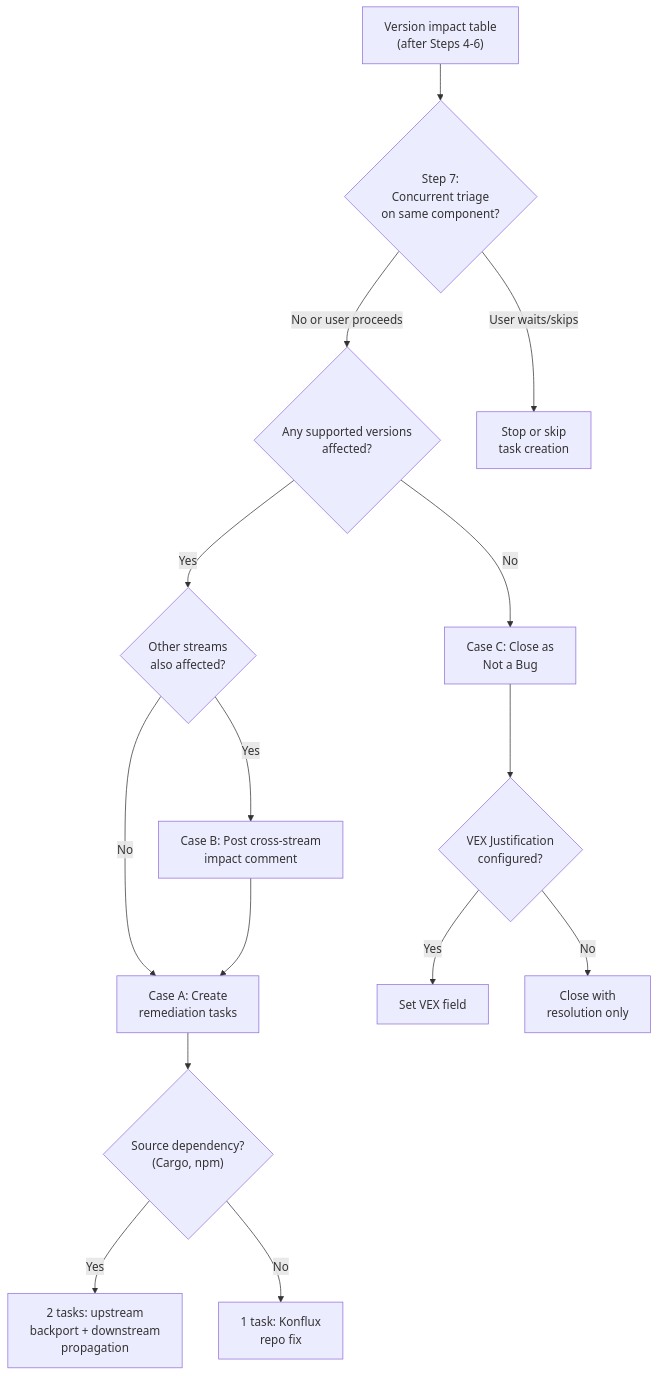
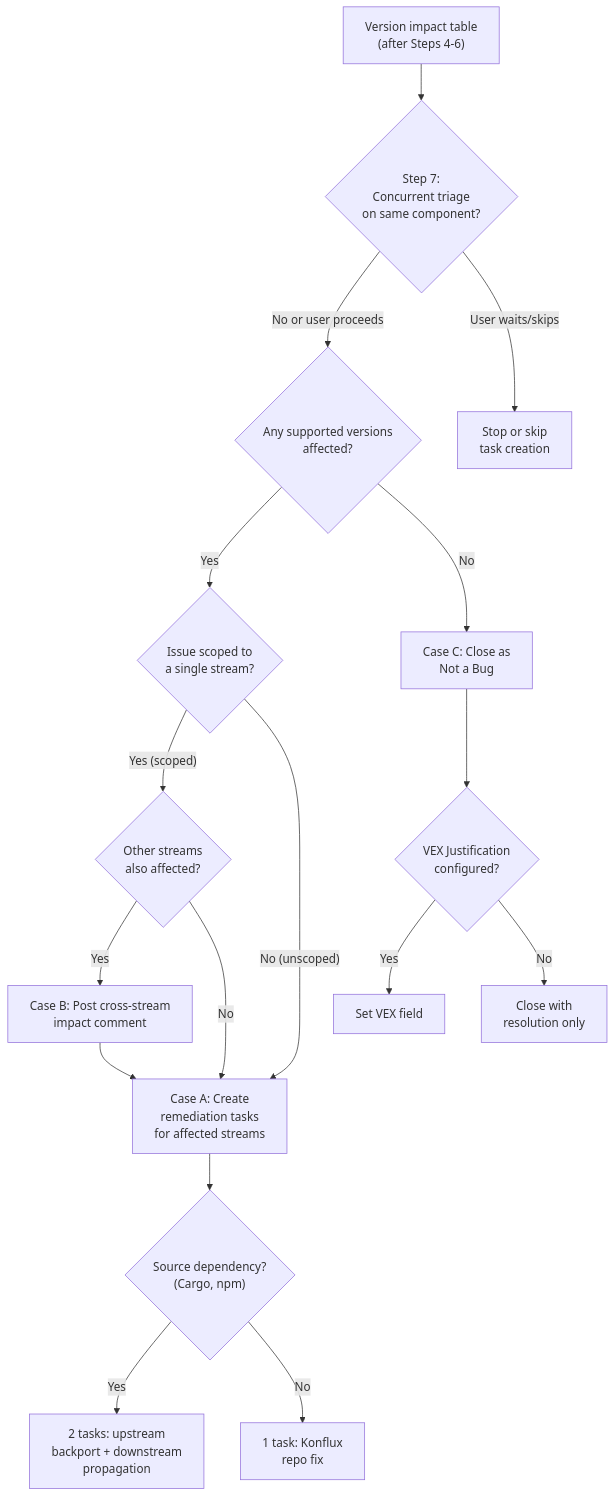
Before and after one commit to RHEcosystemAppEng/sdlc-plugins: the third of 3 diagrams in plugins/sdlc-workflow/skills/triage-security/SKILL.md, drawn with Mermaid. The commit also changed other lines of this file, not shown here.

First line of the commit message:
fix(triage-security): add guard clause for Case B unscoped issues

````diff
--- a/plugins/sdlc-workflow/skills/triage-security/SKILL.md
+++ b/plugins/sdlc-workflow/skills/triage-security/SKILL.md
@@ -597,17 +597,19 @@
 ```mermaid
 flowchart TD
     A["Version impact table\n(after Steps 4-6)"] --> Z{"Step 7:\nConcurrent triage\non same component?"}
     Z -->|No or user proceeds| B{"Any supported versions\naffected?"}
     Z -->|User waits/skips| STOP["Stop or skip\ntask creation"]
-    B -->|Yes| C{"Other streams\nalso affected?"}
+    B -->|Yes| SCOPE{"Issue scoped to\na single stream?"}
     B -->|No| D["Case C: Close as\nNot a Bug"]
+    SCOPE -->|"Yes (scoped)"| C{"Other streams\nalso affected?"}
+    SCOPE -->|"No (unscoped)"| F["Case A: Create\nremediation tasks\nfor affected streams"]
     C -->|Yes| E["Case B: Post cross-stream\nimpact comment"]
-    C -->|No| F["Case A: Create\nremediation tasks"]
+    C -->|No| F
     E --> F
     F --> G{"Source dependency?\n(Cargo, npm)"}
     G -->|Yes| H["2 tasks: upstream\nbackport + downstream\npropagation"]
     G -->|No| I["1 task: Konflux\nrepo fix"]
     D --> J{"VEX Justification\nconfigured?"}
     J -->|Yes| K["Set VEX field"]
     J -->|No| L["Close with\nresolution only"]
 ```
````
